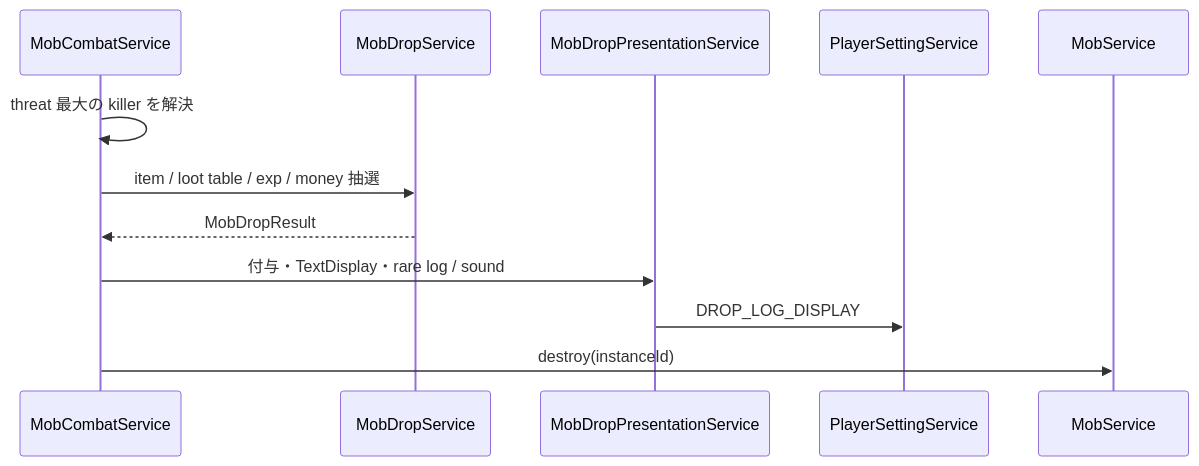
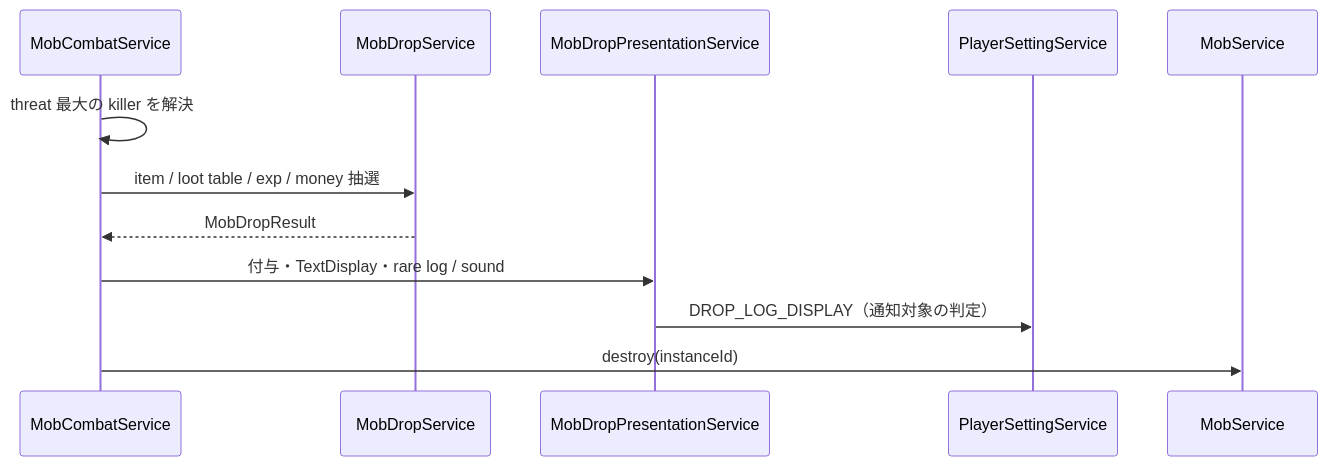
Before and after one commit to maaasu/AstralRecord-Workspace: the fifth of 7 diagrams in 00_docs/10_Plugin設計書/feature/12-mob/12_4-統合フロー.md, drawn with Mermaid. The commit also changed other lines of this file and 1 other file, not shown here.

Commit message:
docs: レアドロップ通知音の仕様を同期

````diff
--- a/00_docs/10_Plugin設計書/feature/12-mob/12_4-統合フロー.md
+++ b/00_docs/10_Plugin設計書/feature/12-mob/12_4-統合フロー.md
@@ -141,15 +141,15 @@
 ```mermaid
 sequenceDiagram
     participant Combat as MobCombatService
     participant Drop as MobDropService
     participant Present as MobDropPresentationService
     participant Setting as PlayerSettingService
     participant Mob as MobService
 
     Combat->>Combat: threat 最大の killer を解決
     Combat->>Drop: item / loot table / exp / money 抽選
     Drop-->>Combat: MobDropResult
     Combat->>Present: 付与・TextDisplay・rare log / sound
-    Present->>Setting: DROP_LOG_DISPLAY
+    Present->>Setting: DROP_LOG_DISPLAY（通知対象の判定）
     Combat->>Mob: destroy(instanceId)
 ```
````
